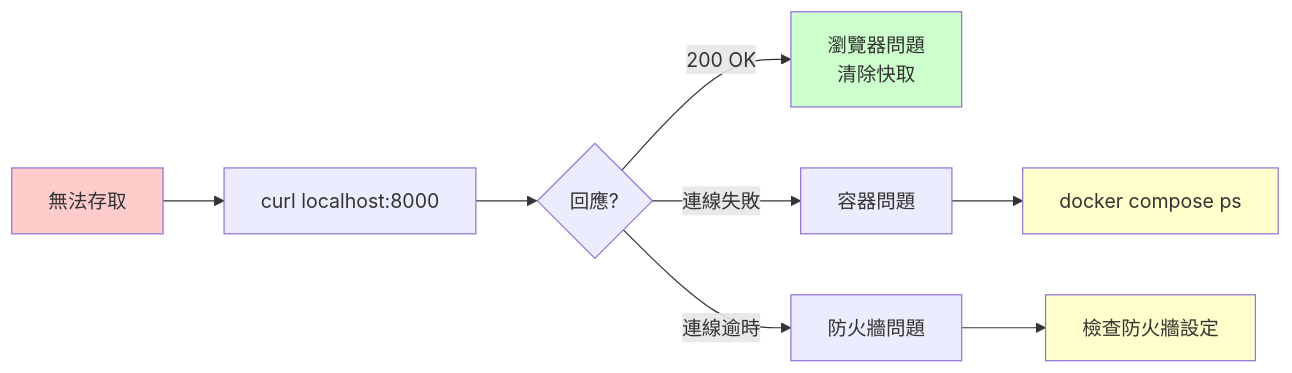
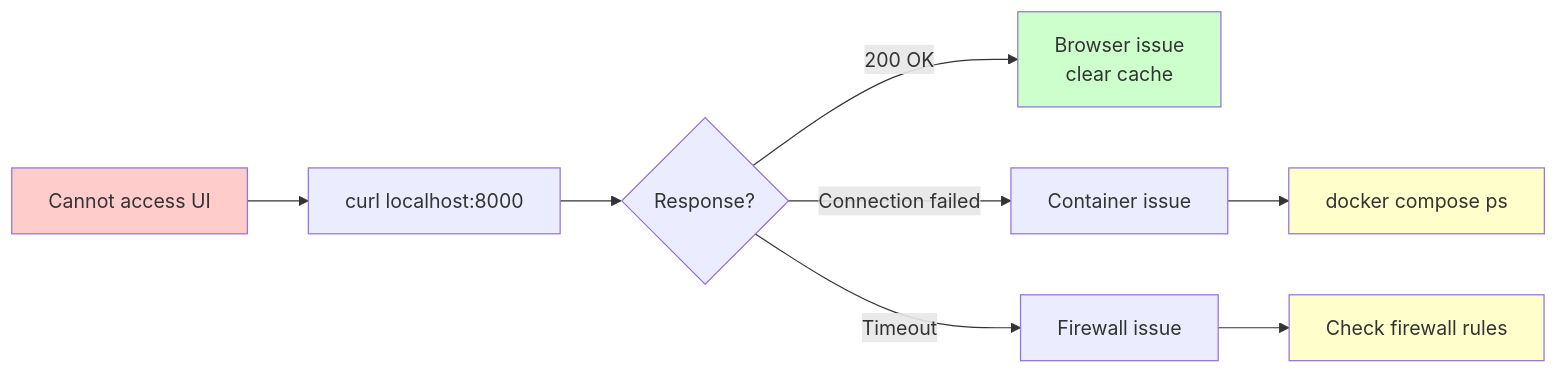
The third of 9 diagrams in docs/TROUBLESHOOTING.md (tryweb/ai-engkit), drawn with Mermaid before and after one commit. The commit also changed other lines of this file and 14 other files, not shown here.

````diff
--- a/docs/TROUBLESHOOTING.md
+++ b/docs/TROUBLESHOOTING.md
@@ -112,16 +111,16 @@
 ```mermaid
 flowchart LR
-    A["無法存取"] --> B["curl localhost:8000"]
-    B --> C{"回應?"}
-    C -->|"200 OK"| D["瀏覽器問題<br/>清除快取"]
-    C -->|"連線失敗"| E["容器問題"]
-    C -->|"連線逾時"| F["防火牆問題"]
-    
+    A["Cannot access UI"] --> B["curl localhost:8000"]
+    B --> C{"Response?"}
+    C -->|"200 OK"| D["Browser issue<br/>clear cache"]
+    C -->|"Connection failed"| E["Container issue"]
+    C -->|"Timeout"| F["Firewall issue"]
+
     E --> G["docker compose ps"]
-    F --> H["檢查防火牆設定"]
-    
+    F --> H["Check firewall rules"]
+
     style A fill:#ffcccc
     style D fill:#ccffcc
     style G fill:#ffffcc
     style H fill:#ffffcc
 ```
````
